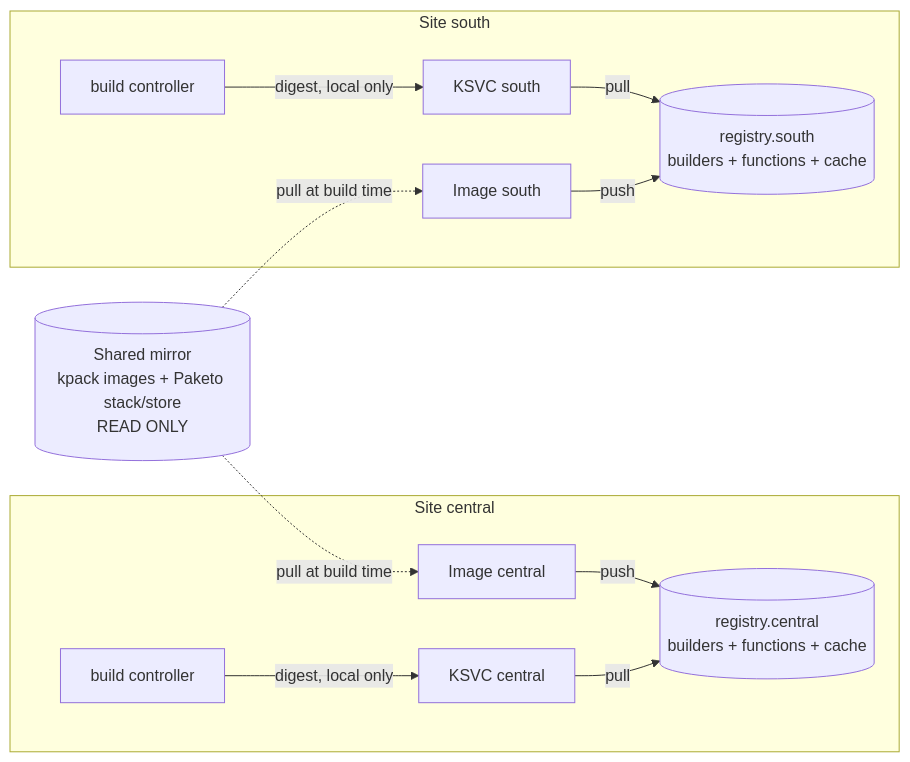
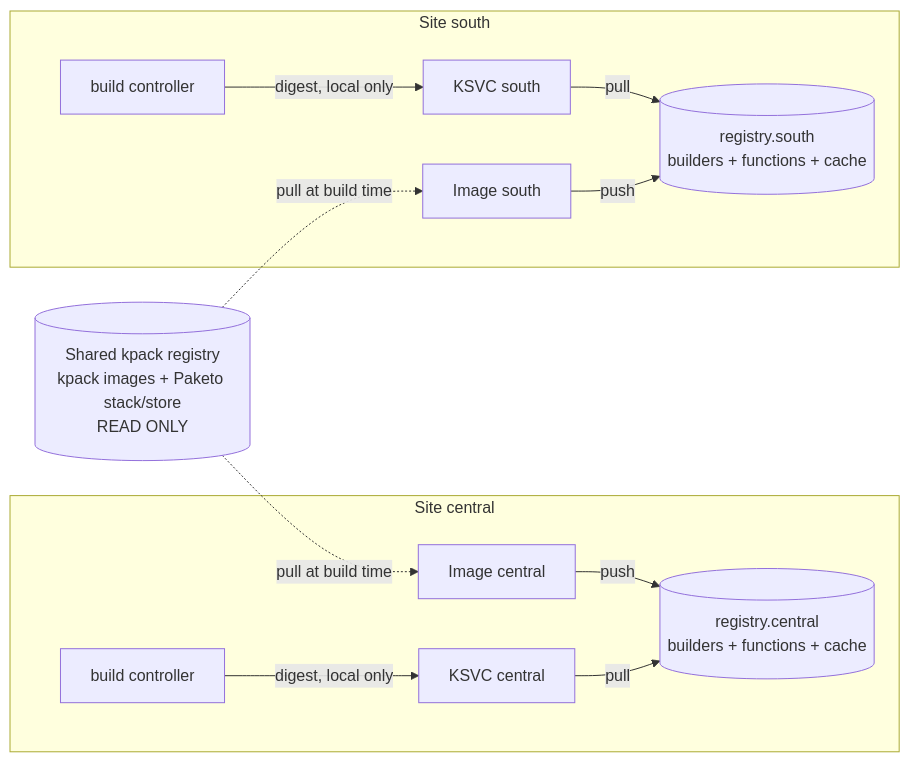
Before and after one commit to black-cloudlet/serverless: the second of 2 diagrams in docs/PER-SITE-REGISTRY.md, drawn with Mermaid. The commit also changed other lines of this file, not shown here.

First line of the commit message:
Call the shared registry the kpack registry, not the mirror

````diff
--- a/docs/PER-SITE-REGISTRY.md
+++ b/docs/PER-SITE-REGISTRY.md
@@ -83,24 +83,24 @@
 ```mermaid
 flowchart LR
-    MIR[("Shared mirror<br/>kpack images + Paketo stack/store<br/>READ ONLY")]
+    MIR[("Shared kpack registry<br/>kpack images + Paketo stack/store<br/>READ ONLY")]
     subgraph A["Site central"]
         IA["Image central"]
         KA["KSVC central"]
         CA["build controller"]
         RA[("registry.central<br/>builders + functions + cache")]
         IA -->|push| RA
         CA -->|digest, local only| KA
         KA -->|pull| RA
     end
     subgraph B["Site south"]
         IB["Image south"]
         KB["KSVC south"]
         CB["build controller"]
         RB[("registry.south<br/>builders + functions + cache")]
         IB -->|push| RB
         CB -->|digest, local only| KB
         KB -->|pull| RB
     end
     MIR -.->|pull at build time| IA
     MIR -.->|pull at build time| IB
 ```
````
